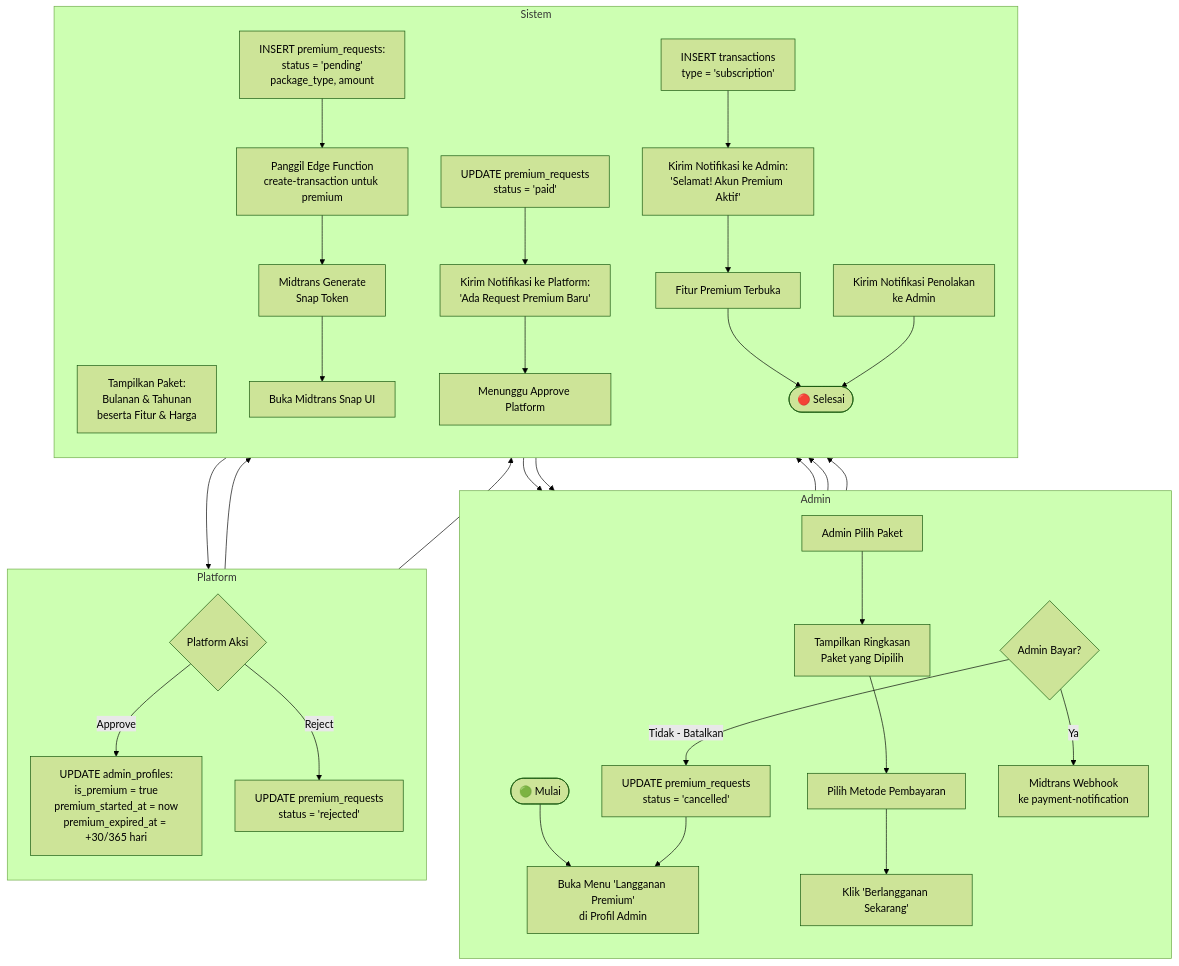
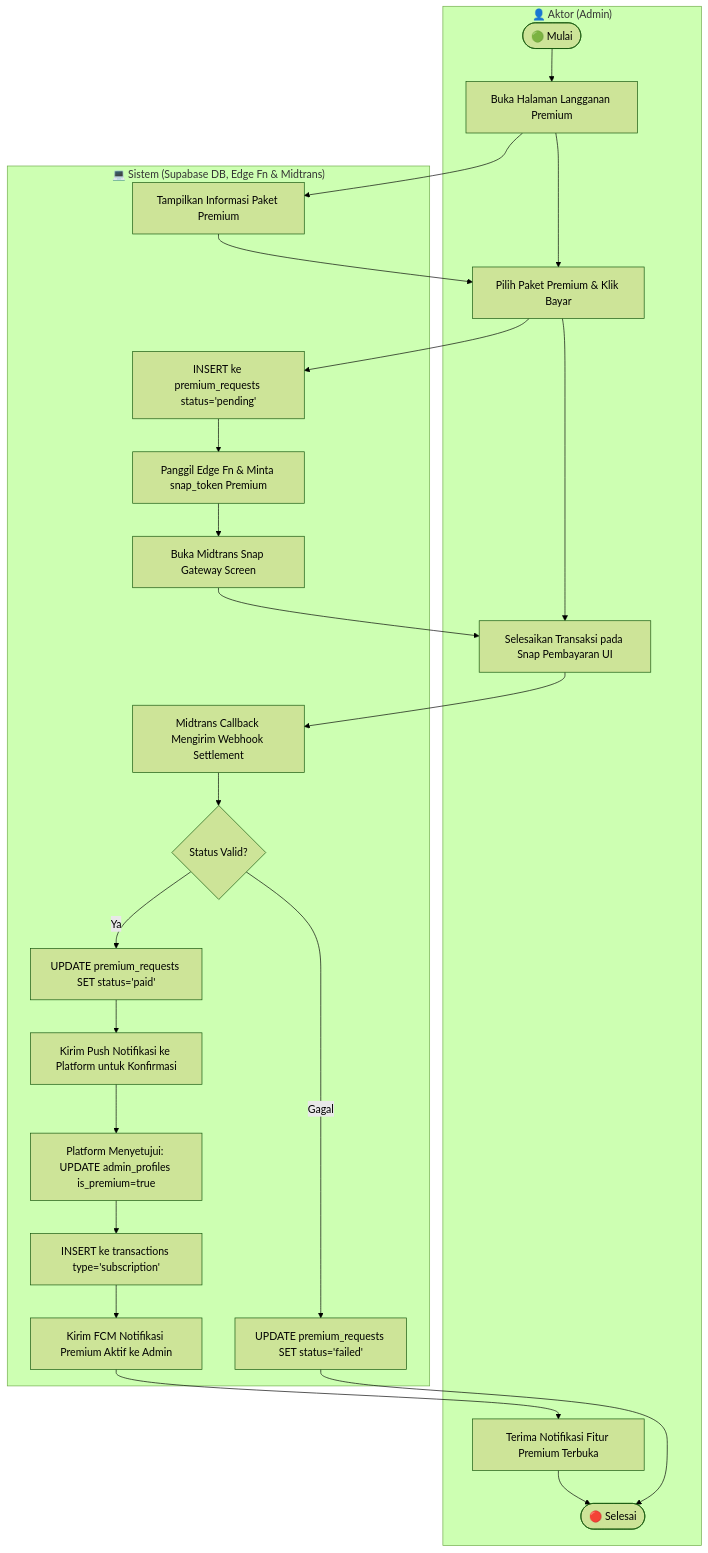
Diagram 20 of 43 in DOKUMENTASI.md (yosima050/booyahhub), drawn with Mermaid (forest theme) before and after one commit. The commit also changed other lines of this file, not shown here.

Commit message:
docs: update system documentation to reflect SKPL version, Midtrans Sandbox integration, and simplified use case workflow

````diff
--- a/DOKUMENTASI.md
+++ b/DOKUMENTASI.md
@@ -889,39 +675,24 @@
 ```mermaid
 flowchart TD
-    subgraph Admin
-        direction TB
-        A([🟢 Mulai]) --> B[Buka Menu 'Langganan Premium'<br/>di Profil Admin]
-        D[Admin Pilih Paket] --> E
-        F[Pilih Metode Pembayaran] --> G[Klik 'Berlangganan Sekarang']
-        L{Admin Bayar?} -->|Tidak - Batalkan| M[UPDATE premium_requests<br/>status = 'cancelled']
-        M --> B
-        L -->|Ya| N
+    subgraph Aktor ["👤 Aktor (Admin)"]
+        S1([🟢 Mulai]) --> S2[Buka Halaman Langganan Premium]
+        S2 --> S3[Pilih Paket Premium & Klik Bayar]
+        S3 --> S4[Selesaikan Transaksi pada Snap Pembayaran UI]
+        S5[Terima Notifikasi Fitur Premium Terbuka] --> S6([🔴 Selesai])
     end
 
-    subgraph Platform
-        direction TB
-        R{Platform Aksi} -->|Approve| S
-        R -->|Reject| W
-    end
-
-    subgraph Sistem
-        direction TB
-        B --> C[Tampilkan Paket:<br/>Bulanan & Tahunan<br/>beserta Fitur & Harga]
-        C --> D
-        E[Tampilkan Ringkasan<br/>Paket yang Dipilih] --> F
-        G --> H[INSERT premium_requests:<br/>status = 'pending'<br/>package_type, amount]
-        H --> I[Panggil Edge Function<br/>create-transaction untuk premium]
-        I --> J[Midtrans Generate<br/>Snap Token]
-        J --> K[Buka Midtrans Snap UI]
-        K --> L
-        N[Midtrans Webhook<br/>ke payment-notification] --> O[UPDATE premium_requests<br/>status = 'paid']
-        O --> P[Kirim Notifikasi ke Platform:<br/>'Ada Request Premium Baru']
-        P --> Q[Menunggu Approve Platform]
-        Q --> R
-        S[UPDATE admin_profiles:<br/>is_premium = true<br/>premium_started_at = now<br/>premium_expired_at = +30/365 hari] --> T[INSERT transactions<br/>type = 'subscription']
-        T --> U[Kirim Notifikasi ke Admin:<br/>'Selamat! Akun Premium Aktif']
-        U --> V[Fitur Premium Terbuka]
-        W[UPDATE premium_requests<br/>status = 'rejected'] --> X[Kirim Notifikasi Penolakan<br/>ke Admin]
-        V & X --> Y([🔴 Selesai])
+    subgraph Sistem ["💻 Sistem (Supabase DB, Edge Fn & Midtrans)"]
+        S2 --> SS1[Tampilkan Informasi Paket Premium] --> S3
+        S3 --> SS2[INSERT ke premium_requests status='pending']
+        SS2 --> SS3[Panggil Edge Fn & Minta snap_token Premium]
+        SS3 --> SS4[Buka Midtrans Snap Gateway Screen] --> S4
+        S4 --> SS5[Midtrans Callback Mengirim Webhook Settlement]
+        SS5 --> SS6{Status Valid?}
+        SS6 -->|Ya| SS7[UPDATE premium_requests SET status='paid']
+        SS7 --> SS8[Kirim Push Notifikasi ke Platform untuk Konfirmasi]
+        SS8 --> SS9[Platform Menyetujui: UPDATE admin_profiles is_premium=true]
+        SS9 --> SS10[INSERT ke transactions type='subscription']
+        SS10 --> SS11[Kirim FCM Notifikasi Premium Aktif ke Admin] --> S5
+        SS6 -->|Gagal| SS12[UPDATE premium_requests SET status='failed'] --> S6
     end
 ```
````
